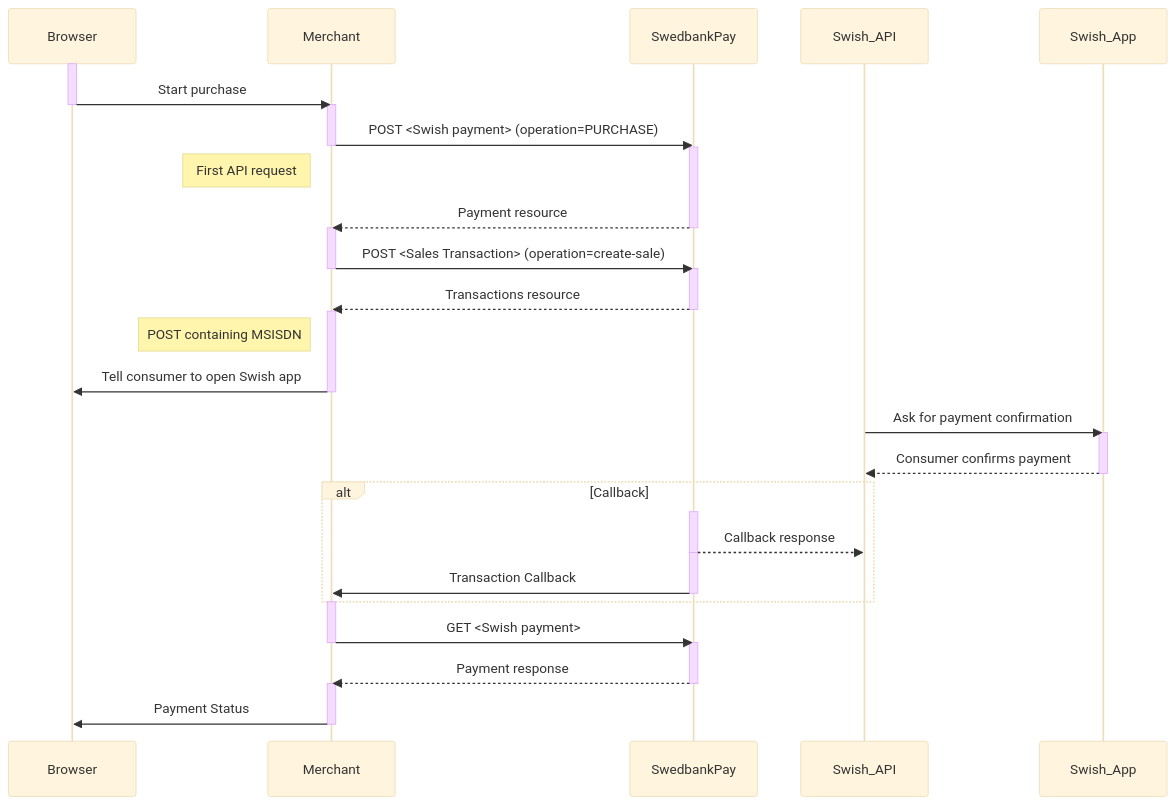
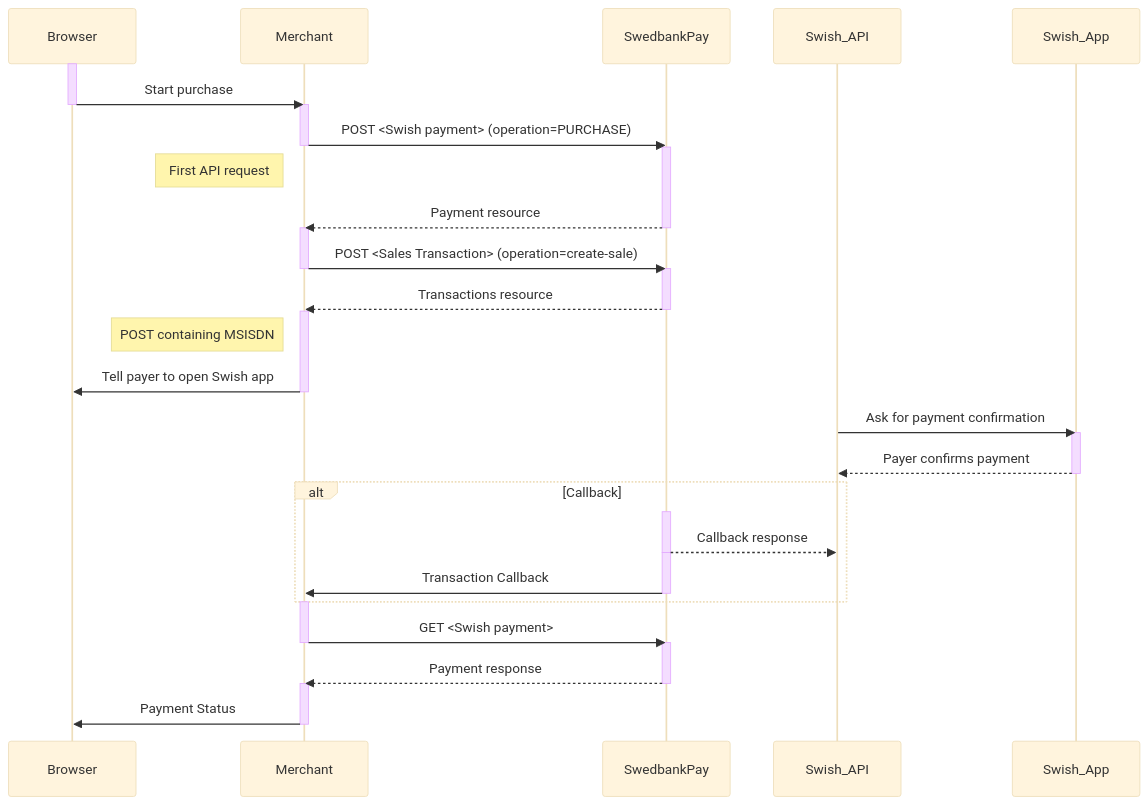
Before and after one commit to SwedbankPay/developer.swedbankpay.com: the first of 2 diagrams in payment-instruments/swish/direct.md, drawn with Mermaid (base theme). The commit also changed other lines of this file and 9 other files, not shown here.

````diff
--- a/payment-instruments/swish/direct.md
+++ b/payment-instruments/swish/direct.md
@@ -212,35 +212,35 @@
 ```mermaid
 sequenceDiagram
     activate Browser
     Browser->>-Merchant: Start purchase
     activate Merchant
     Merchant->>-SwedbankPay: POST <Swish payment> (operation=PURCHASE)
     activate  SwedbankPay
     note left of Merchant: First API request
     SwedbankPay-->>-Merchant: Payment resource
     activate Merchant
 
     Merchant->>- SwedbankPay: POST <Sales Transaction> (operation=create-sale)
     activate  SwedbankPay
     SwedbankPay-->>-Merchant: Transactions resource
     activate Merchant
     note left of Merchant: POST containing MSISDN
-    Merchant->>-Browser: Tell consumer to open Swish app
+    Merchant->>-Browser: Tell payer to open Swish app
     Swish_API->>Swish_App: Ask for payment confirmation
     activate Swish_App
-    Swish_App-->>-Swish_API: Consumer confirms payment
+    Swish_App-->>-Swish_API: Payer confirms payment
 
         alt Callback
         activate SwedbankPay
         SwedbankPay-->>-Swish_API: Callback response
         activate SwedbankPay
         SwedbankPay->>-Merchant: Transaction Callback
         end
 
     activate Merchant
     Merchant->>- SwedbankPay: GET <Swish payment>
     activate  SwedbankPay
     SwedbankPay-->>-Merchant: Payment response
     activate Merchant
     Merchant->>-Browser: Payment Status
 ```
````
